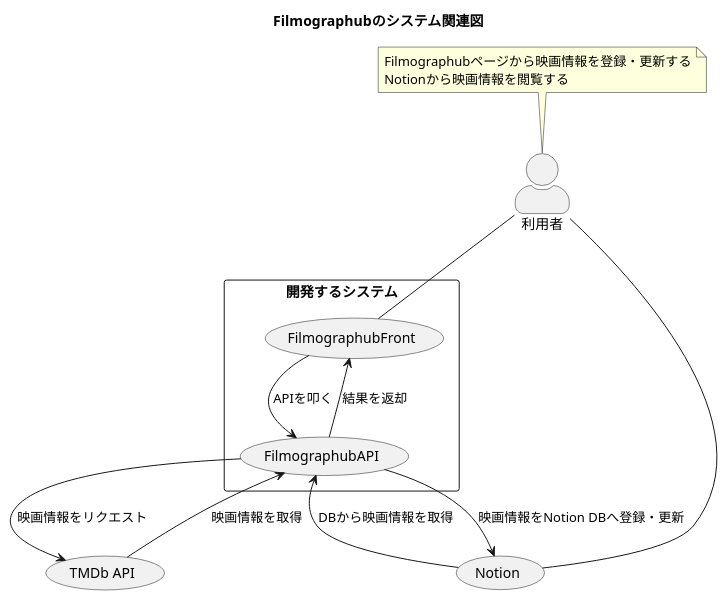
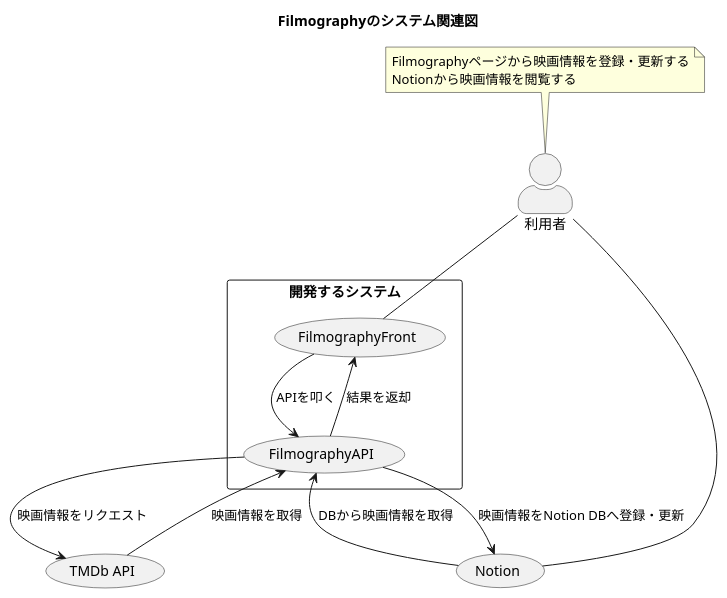
One commit to takeYY/filmography changed the diagram in api/docs/system_relation/system_relation.puml. Above: the diagram before and after it, drawn with PlantUML. The commit also changed 16 other files, not shown here.

Commit message:
change: filmographub -> filmography

```diff
--- a/api/docs/system_relation/system_relation.puml
+++ b/api/docs/system_relation/system_relation.puml
@@ -1,28 +1,28 @@
 @startuml fig_system_relation
 
-title Filmographubのシステム関連図
+title Filmographyのシステム関連図
 skinparam actorStyle awesome
 
 
 rectangle 開発するシステム {
-  "FilmographubFront" as (FilmographubFront)
-  "FilmographubAPI" as (FilmographubApi)
+  "FilmographyFront" as (FilmographyFront)
+  "FilmographyAPI" as (FilmographyApi)
 
 }
 
-:利用者: -- (FilmographubFront)
+:利用者: -- (FilmographyFront)
 :利用者: -- (Notion)
 
-(FilmographubFront) --> (FilmographubApi) :APIを叩く
-(FilmographubFront) <-- (FilmographubApi) :結果を返却
-(FilmographubApi) --> (TMDb API) :映画情報をリクエスト
-(FilmographubApi) <-- (TMDb API) :映画情報を取得
-(FilmographubApi) --> (Notion) :映画情報をNotion DBへ登録・更新
-(FilmographubApi) <-- (Notion) :DBから映画情報を取得
+(FilmographyFront) --> (FilmographyApi) :APIを叩く
+(FilmographyFront) <-- (FilmographyApi) :結果を返却
+(FilmographyApi) --> (TMDb API) :映画情報をリクエスト
+(FilmographyApi) <-- (TMDb API) :映画情報を取得
+(FilmographyApi) --> (Notion) :映画情報をNotion DBへ登録・更新
+(FilmographyApi) <-- (Notion) :DBから映画情報を取得
 
-note "Filmographubページから映画情報を登録・更新する\nNotionから映画情報を閲覧する" as note01
+note "Filmographyページから映画情報を登録・更新する\nNotionから映画情報を閲覧する" as note01
 
 note01 .. :利用者:
 
 
 @enduml
```
